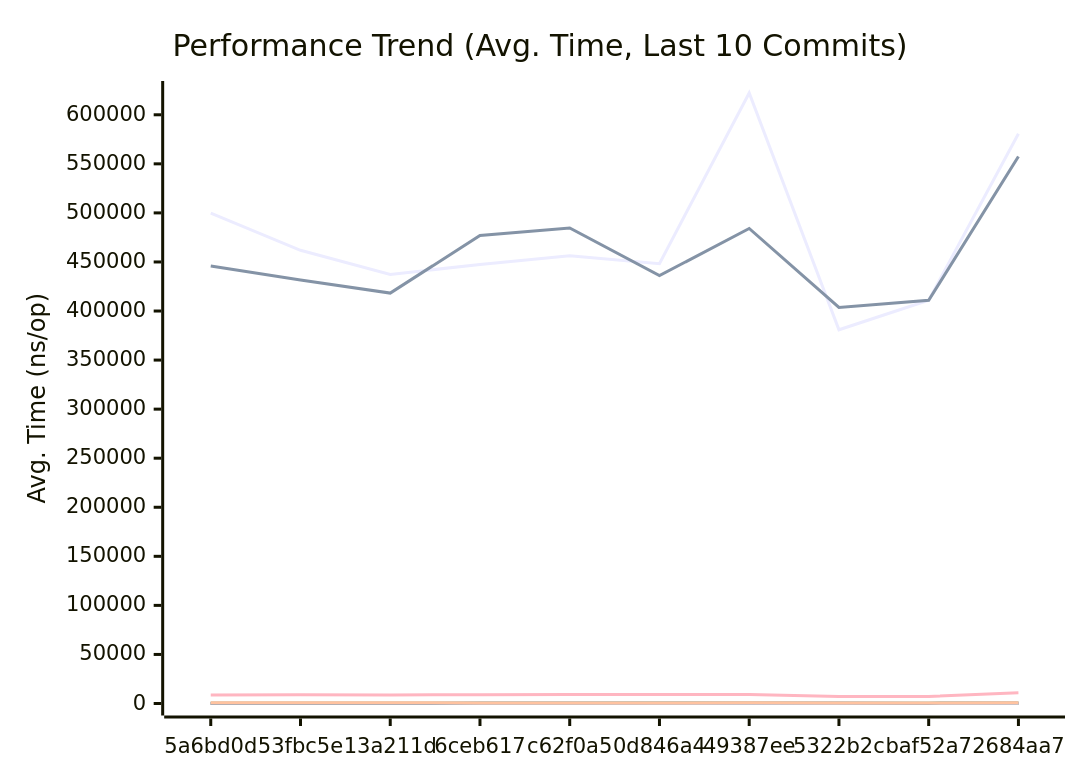
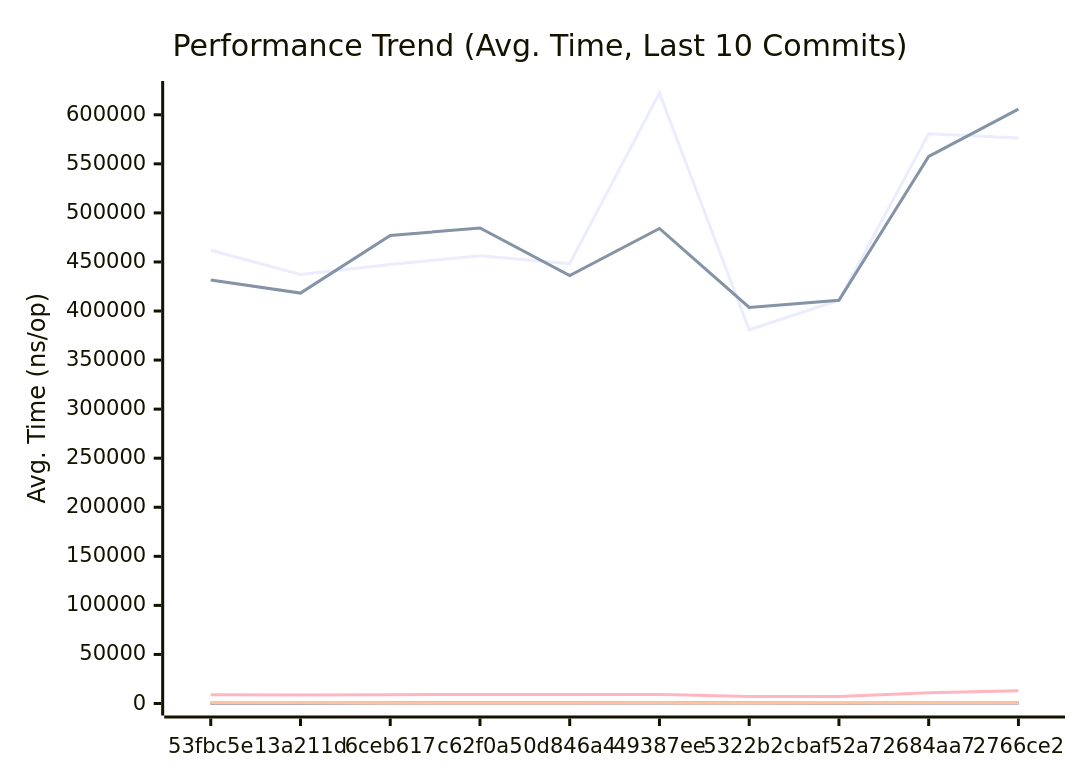
One commit to alsotoes/momo changed the first of 3 diagrams in docs/PERFORMANCE.md. Above: the diagram before and after it, drawn with Mermaid. The commit also changed other lines of this file and 2 other files, not shown here.

````diff
--- a/docs/PERFORMANCE.md
+++ b/docs/PERFORMANCE.md
@@ -145,20 +145,20 @@
 ```mermaid
 xychart-beta
     title "Performance Trend (Avg. Time, Last 10 Commits)"
     x-axis "Commit"
     y-axis "Avg. Time (ns/op)"
-    x-axis [5a6bd0d,53fbc5e,13a211d,6ceb617,c62f0a5,0d846a4,49387ee,5322b2c,baf52a7,2684aa7]
-    line "AWSChunkedReaderSigned" [499710,461886,437350,447444,456452,448270,622202,380899,410944,580705]
-    line "AWSChunkedReaderUnsigned" [445923,431657,418289,476966,484613,436099,484134,403705,410907,557512]
-    line "CheckMetricsAndSwap" [10,9,8,10,9,10,8,9,7,10]
-    line "CrushOptimized" [334,350,344,353,360,384,403,296,264,368]
-    line "CrushOriginal" [437,504,419,488,539,442,474,375,370,598]
+    x-axis [53fbc5e,13a211d,6ceb617,c62f0a5,0d846a4,49387ee,5322b2c,baf52a7,2684aa7,2766ce2]
+    line "AWSChunkedReaderSigned" [461886,437350,447444,456452,448270,622202,380899,410944,580705,576464]
+    line "AWSChunkedReaderUnsigned" [431657,418289,476966,484613,436099,484134,403705,410907,557512,605728]
+    line "CheckMetricsAndSwap" [9,8,10,9,10,8,9,7,10,11]
+    line "CrushOptimized" [350,344,353,360,384,403,296,264,368,415]
+    line "CrushOriginal" [504,419,488,539,442,474,375,370,598,664]
     line "IndexDirectTracking" [0,0,0,0,0,0,0,0,0,0]
-    line "IndexSearch" [3,3,3,3,3,3,3,3,3,3]
-    line "LoadGlobalConfig" [8541,8919,8720,9023,9246,9136,9150,7234,7096,10842]
-    line "PadString" [42,41,39,53,48,50,48,35,34,55]
+    line "IndexSearch" [3,3,3,3,3,3,3,3,3,4]
+    line "LoadGlobalConfig" [8919,8720,9023,9246,9136,9150,7234,7096,10842,13042]
+    line "PadString" [41,39,53,48,50,48,35,34,55,63]
     line "ParseReplicationOrder_NoPrealloc" [350,349,357,354,345,225,229,165,232,234]
     line "ParseReplicationOrder_Prealloc" [229,231,237,234,229,108,107,80,110,109]
-    line "SanitizeLog/Safe" [240,213,224,479,510,430,543,398,379,530]
-    line "SanitizeLog/Unsafe" [723,708,682,607,625,542,680,482,537,734]
+    line "SanitizeLog/Safe" [213,224,479,510,430,543,398,379,530,569]
+    line "SanitizeLog/Unsafe" [708,682,607,625,542,680,482,537,734,816]
 ```
````
